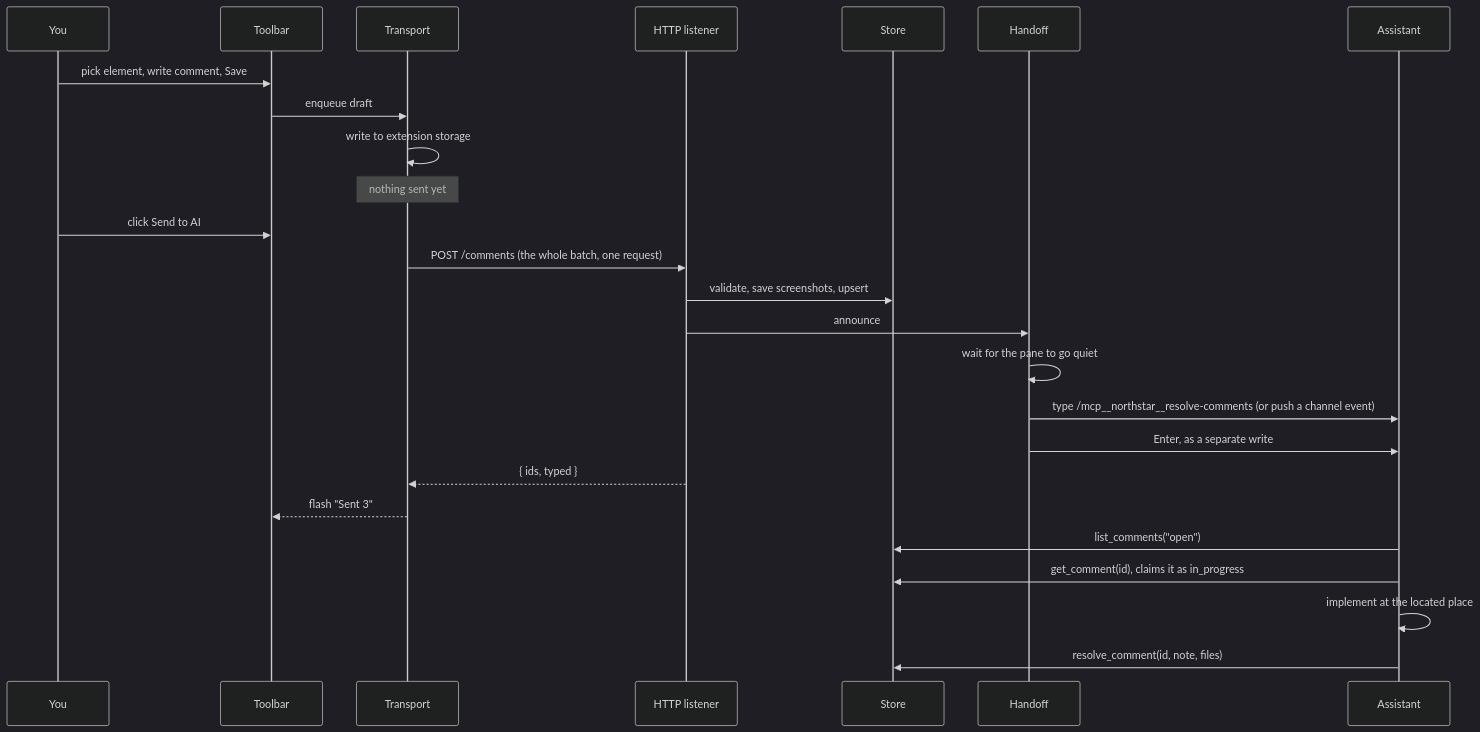
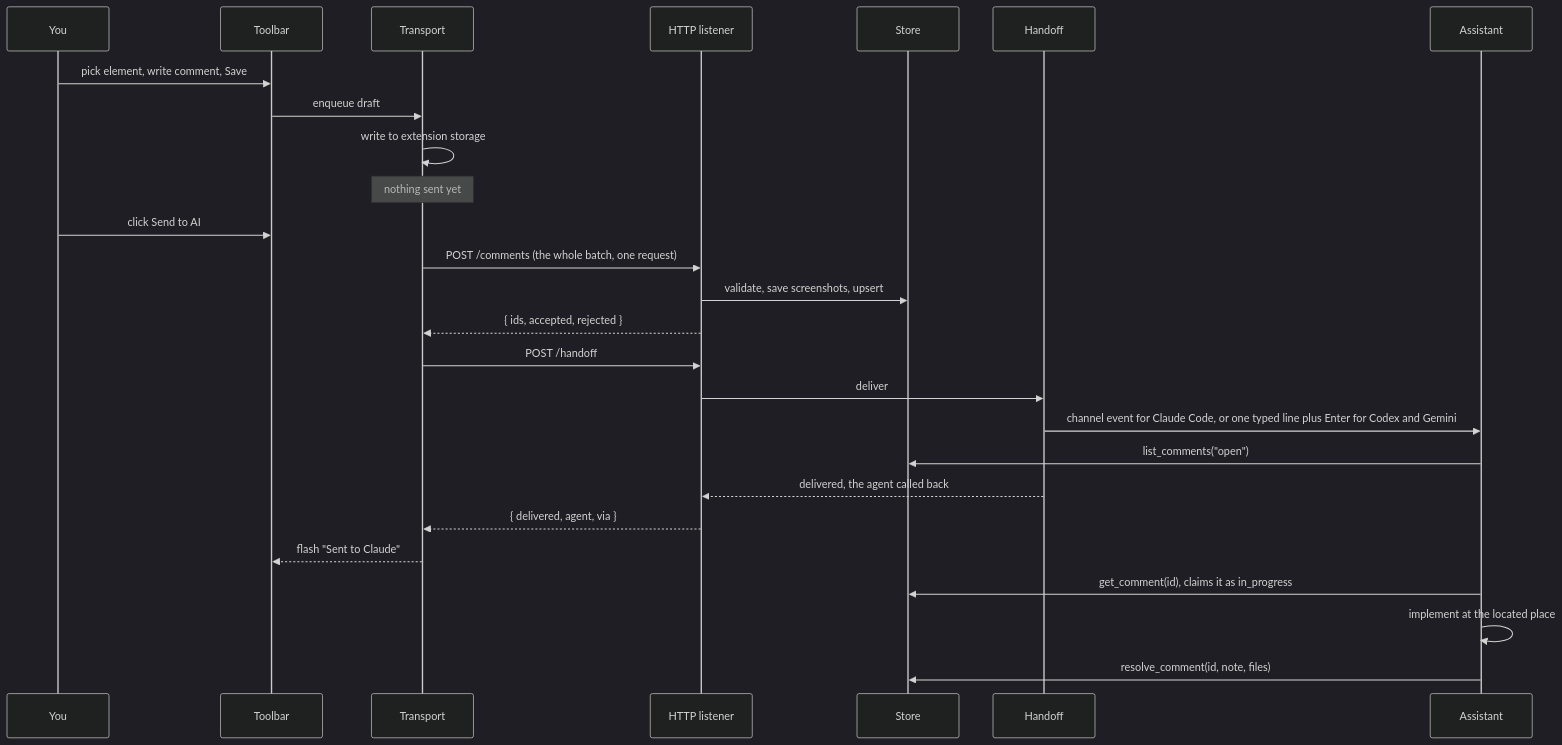
One commit to pallandir/northstar changed the first of 3 diagrams in docs/flows.md. Above: the diagram before and after it, drawn with Mermaid (dark theme). The commit also changed other lines of this file and 42 other files, not shown here.

Commit message:
fix(mcp): wake the bound agent from Send to AI with one delivery path per agent

````diff
--- a/docs/flows.md
+++ b/docs/flows.md
@@ -14,28 +14,29 @@
 ```mermaid
 sequenceDiagram
     participant U as You
     participant T as Toolbar
     participant X as Transport
     participant H as HTTP listener
     participant S as Store
     participant K as Handoff
     participant A as Assistant
 
     U->>T: pick element, write comment, Save
     T->>X: enqueue draft
     X->>X: write to extension storage
     Note over X: nothing sent yet
     U->>T: click Send to AI
     X->>H: POST /comments (the whole batch, one request)
     H->>S: validate, save screenshots, upsert
-    H->>K: announce
-    K->>K: wait for the pane to go quiet
-    K->>A: type /mcp__northstar__resolve-comments (or push a channel event)
-    K->>A: Enter, as a separate write
-    H-->>X: { ids, typed }
-    X-->>T: flash "Sent 3"
+    H-->>X: { ids, accepted, rejected }
+    X->>H: POST /handoff
+    H->>K: deliver
+    K->>A: channel event for Claude Code, or one typed line plus Enter for Codex and Gemini
     A->>S: list_comments("open")
+    K-->>H: delivered, the agent called back
+    H-->>X: { delivered, agent, via }
+    X-->>T: flash "Sent to Claude"
     A->>S: get_comment(id), claims it as in_progress
     A->>A: implement at the located place
     A->>S: resolve_comment(id, note, files)
 ```
````
